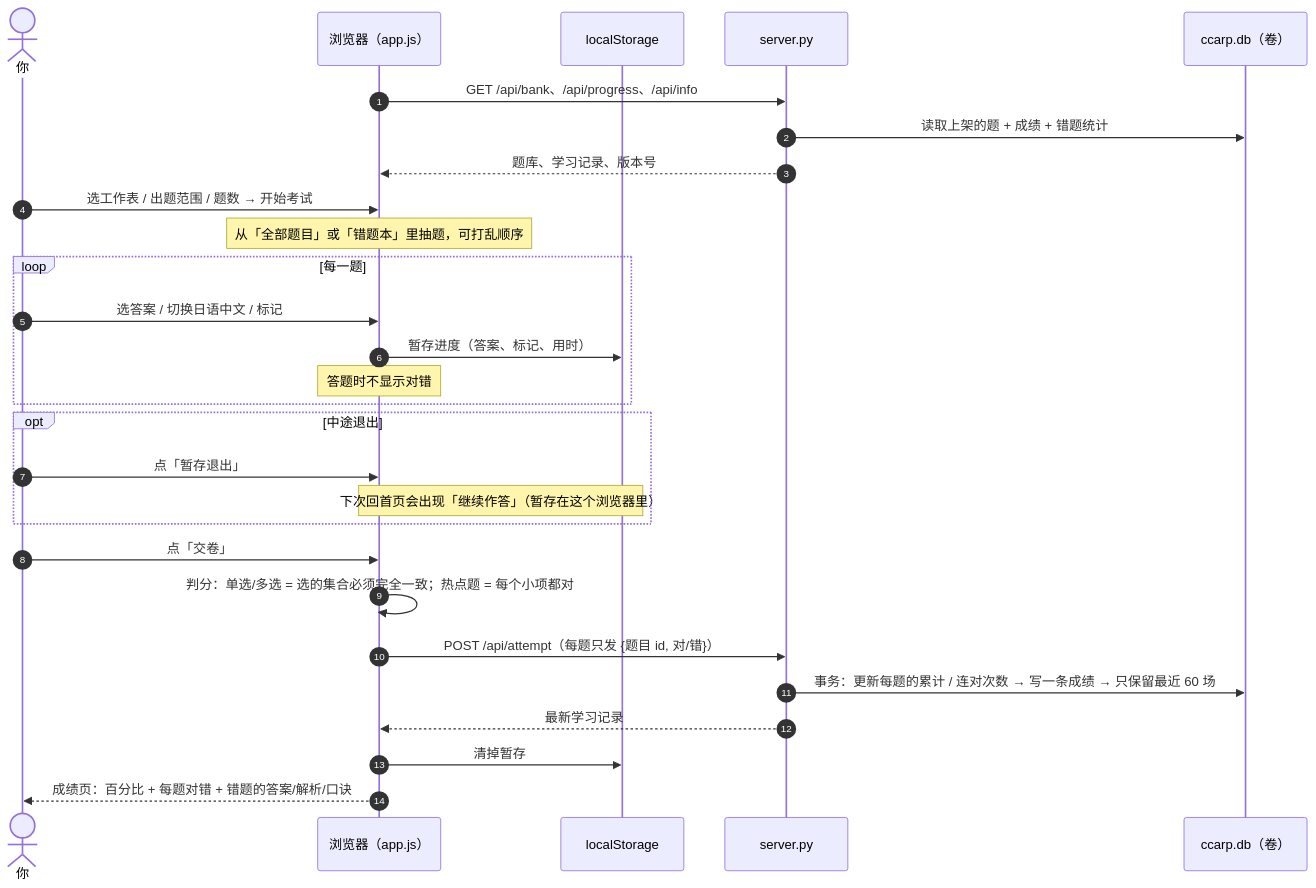
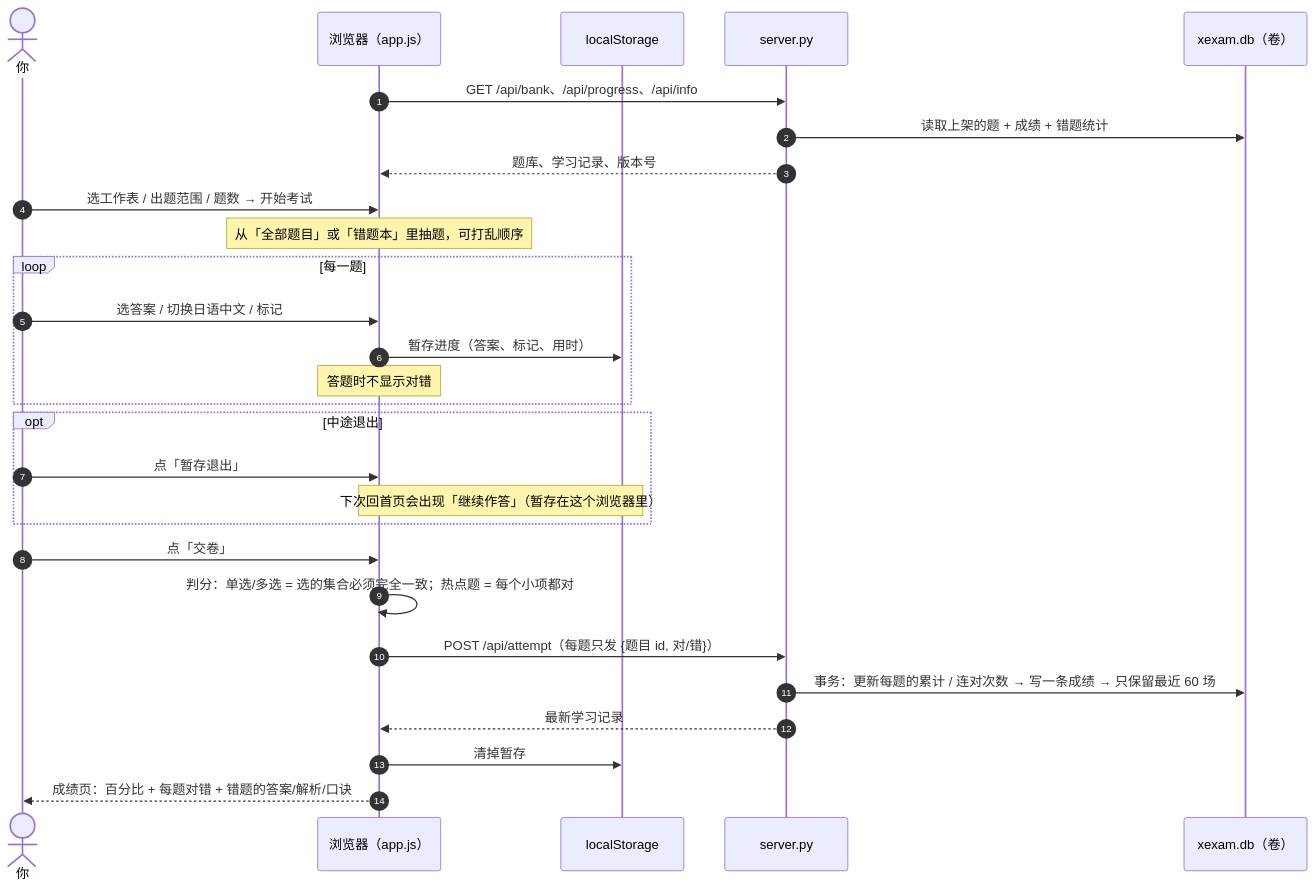
The fourth of 8 diagrams in README.md (Yumin-Space/xexam), drawn with Mermaid before and after one commit. The commit also changed other lines of this file and 13 other files, not shown here.

````diff
--- a/README.md
+++ b/README.md
@@ -258,31 +287,31 @@
 ```mermaid
 sequenceDiagram
     autonumber
     actor U as 你
     participant B as 浏览器（app.js）
     participant LS as localStorage
     participant S as server.py
-    participant F as ccarp.db（卷）
+    participant F as xexam.db（卷）
 
     B->>S: GET /api/bank、/api/progress、/api/info
     S->>F: 读取上架的题 + 成绩 + 错题统计
     S-->>B: 题库、学习记录、版本号
     U->>B: 选工作表 / 出题范围 / 题数 → 开始考试
     Note over B: 从「全部题目」或「错题本」里抽题，可打乱顺序
     loop 每一题
         U->>B: 选答案 / 切换日语中文 / 标记
         B->>LS: 暂存进度（答案、标记、用时）
         Note over B: 答题时不显示对错
     end
     opt 中途退出
         U->>B: 点「暂存退出」
         Note over B,LS: 下次回首页会出现「继续作答」（暂存在这个浏览器里）
     end
     U->>B: 点「交卷」
     B->>B: 判分：单选/多选 = 选的集合必须完全一致；热点题 = 每个小项都对
     B->>S: POST /api/attempt（每题只发 {题目 id, 对/错}）
     S->>F: 事务：更新每题的累计 / 连对次数 → 写一条成绩 → 只保留最近 60 场
     S-->>B: 最新学习记录
     B->>LS: 清掉暂存
     B-->>U: 成绩页：百分比 + 每题对错 + 错题的答案/解析/口诀
 ```
````
